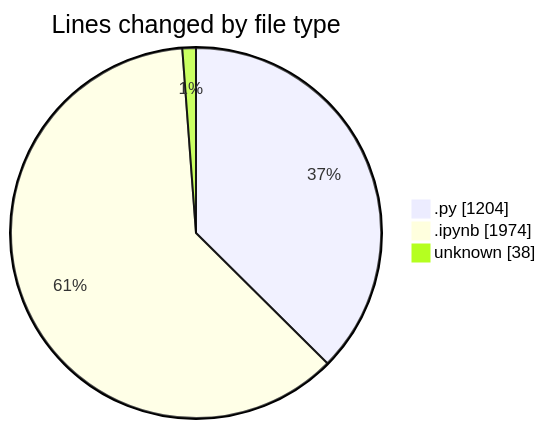
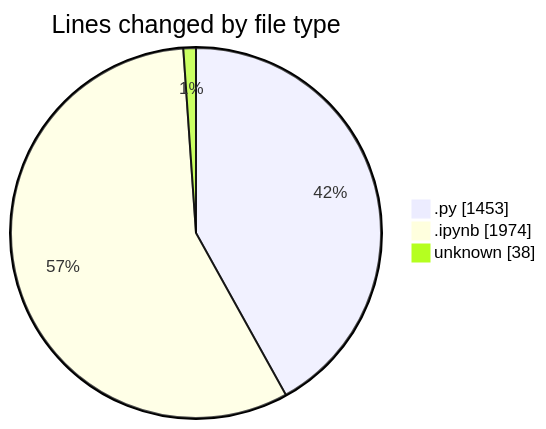
One commit to MatusMokan/code-tracking changed the first of 2 diagrams in 2025-03-21/myws__workspace_/README.md. Above: the diagram before and after it, drawn with Mermaid. The commit also changed other lines of this file and 1 other file, not shown here.

````diff
--- a/2025-03-21/myws__workspace_/README.md
+++ b/2025-03-21/myws__workspace_/README.md
@@ -23,7 +23,7 @@
 ```mermaid
 pie showData
 title Lines changed by file type
-".py" : 1204
+".py" : 1453
 ".ipynb" : 1974
 "unknown" : 38
 ```
````
